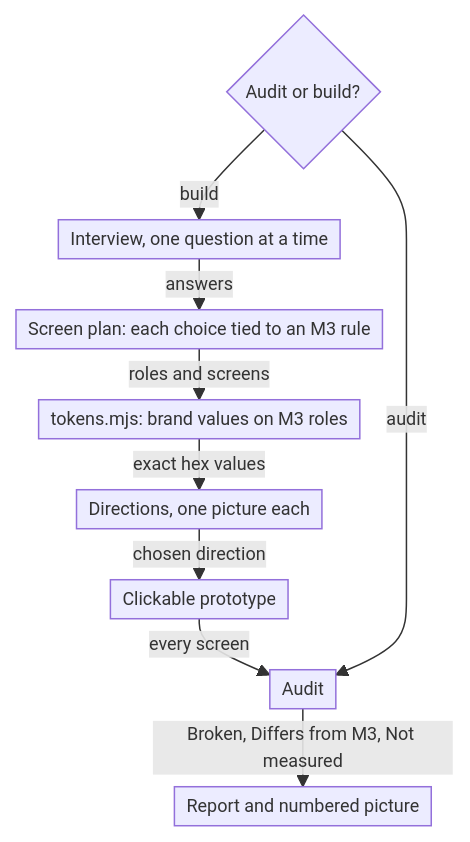
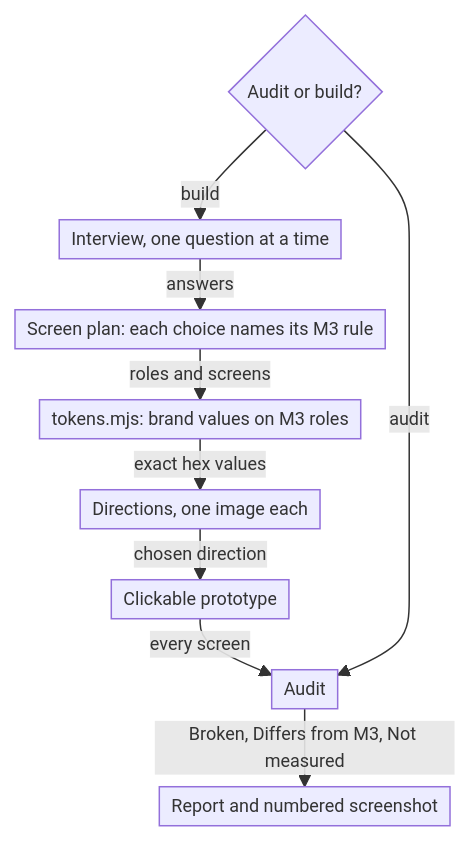
Before and after one commit to eskokoivula/material-3-skill: the diagram in README.md, drawn with Mermaid. The commit also changed other lines of this file and 9 other files, not shown here.

````diff
--- a/README.md
+++ b/README.md
@@ -41,12 +83,12 @@
 ```mermaid
 %%{init: {'layout': 'dagre', 'look': 'classic', 'themeVariables': {'fontSize': '12px'}, 'flowchart': {'nodeSpacing': 12, 'rankSpacing': 16, 'padding': 4, 'wrappingWidth': 260}}}%%
 flowchart TD
     Q{Audit or build?} -- build --> I[Interview, one question at a time]
-    I -- answers --> P[Screen plan: each choice tied to an M3 rule]
+    I -- answers --> P[Screen plan: each choice names its M3 rule]
     P -- roles and screens --> T[tokens.mjs: brand values on M3 roles]
-    T -- exact hex values --> D[Directions, one picture each]
+    T -- exact hex values --> D[Directions, one image each]
     D -- chosen direction --> X[Clickable prototype]
     X -- every screen --> A[Audit]
     Q -- audit --> A
-    A -- Broken, Differs from M3, Not measured --> R[Report and numbered picture]
+    A -- Broken, Differs from M3, Not measured --> R[Report and numbered screenshot]
 ```
````
